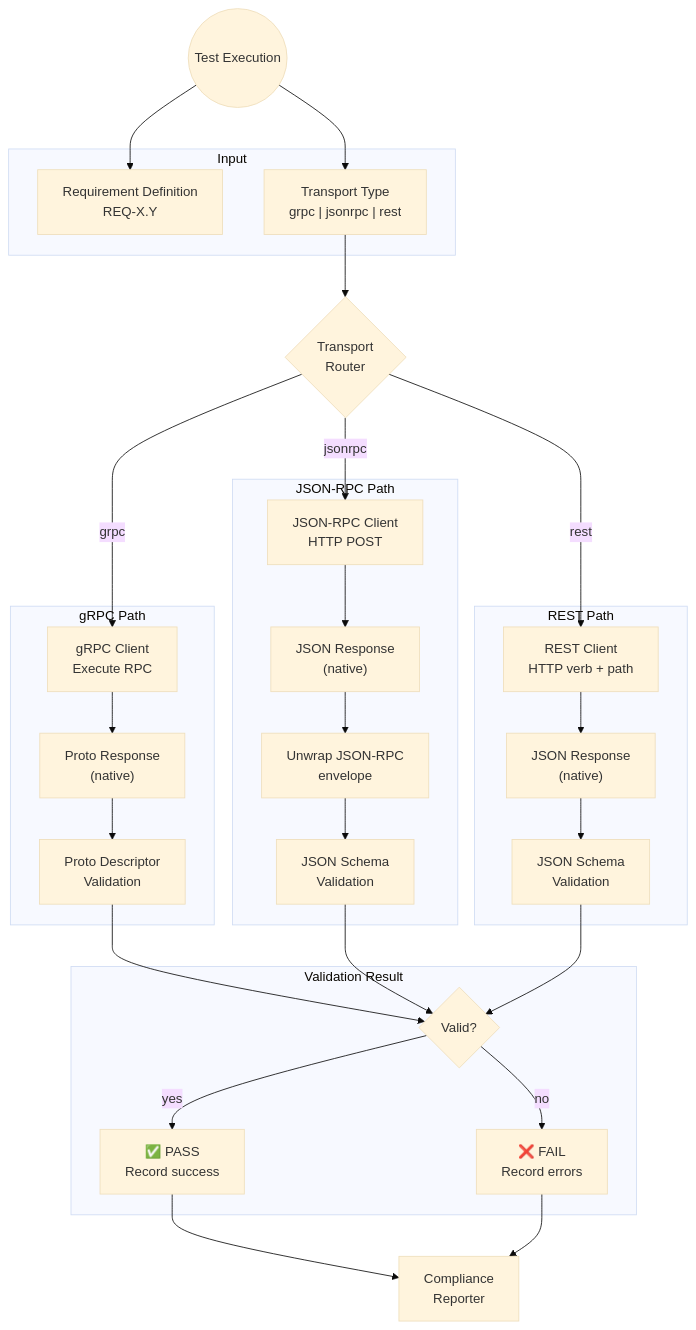
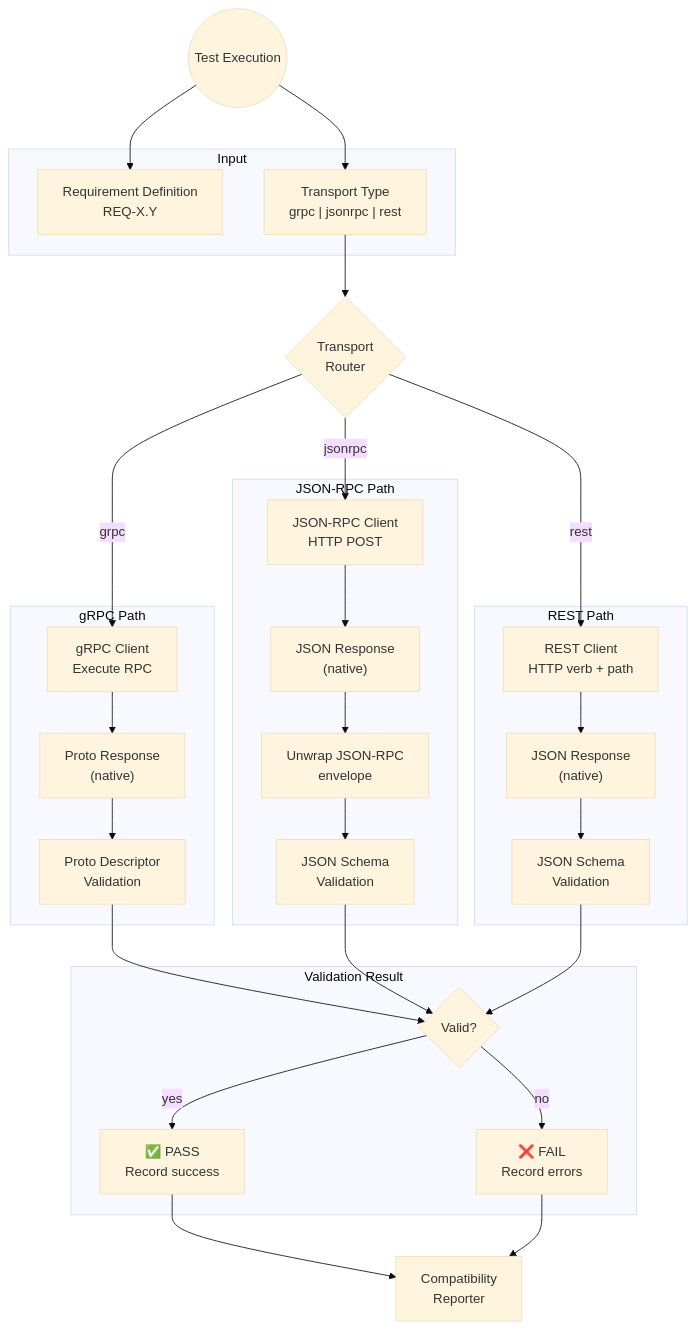
Before and after one commit to a2aproject/a2a-tck: the diagram in PRD/validation-flow.mmd, drawn with Mermaid. The commit also changed 59 other files, not shown here.

First line of the commit message:
refactor: replace "compliance" with "compatibility" throughout the codebase

```diff
--- a/PRD/validation-flow.mmd
+++ b/PRD/validation-flow.mmd
@@ -1,65 +1,65 @@
 %%{init: {'theme': 'base'}}%%
 
 flowchart TD
     START((Test Execution))
 
     subgraph "Input"
         REQ["Requirement Definition<br/>REQ-X.Y"]
         TRANSPORT["Transport Type<br/>grpc | jsonrpc | rest"]
     end
 
     START --> REQ
     START --> TRANSPORT
 
     TRANSPORT --> ROUTE{Transport<br/>Router}
 
     subgraph "gRPC Path"
         GRPC_CLIENT["gRPC Client<br/>Execute RPC"]
         GRPC_RESP["Proto Response<br/>(native)"]
         PROTO_VAL["Proto Descriptor<br/>Validation"]
 
         GRPC_CLIENT --> GRPC_RESP
         GRPC_RESP --> PROTO_VAL
     end
 
     subgraph "JSON-RPC Path"
         JSONRPC_CLIENT["JSON-RPC Client<br/>HTTP POST"]
         JSONRPC_RESP["JSON Response<br/>(native)"]
         JSONRPC_UNWRAP["Unwrap JSON-RPC<br/>envelope"]
         JSON_VAL_JR["JSON Schema<br/>Validation"]
 
         JSONRPC_CLIENT --> JSONRPC_RESP
         JSONRPC_RESP --> JSONRPC_UNWRAP
         JSONRPC_UNWRAP --> JSON_VAL_JR
     end
 
     subgraph "REST Path"
         REST_CLIENT["REST Client<br/>HTTP verb + path"]
         REST_RESP["JSON Response<br/>(native)"]
         JSON_VAL_REST["JSON Schema<br/>Validation"]
 
         REST_CLIENT --> REST_RESP
         REST_RESP --> JSON_VAL_REST
     end
 
     ROUTE -->|grpc| GRPC_CLIENT
     ROUTE -->|jsonrpc| JSONRPC_CLIENT
     ROUTE -->|rest| REST_CLIENT
 
     PROTO_VAL --> RESULT
     JSON_VAL_JR --> RESULT
     JSON_VAL_REST --> RESULT
 
     subgraph "Validation Result"
         RESULT{Valid?}
         PASS["✅ PASS<br/>Record success"]
         FAIL["❌ FAIL<br/>Record errors"]
     end
 
     RESULT -->|yes| PASS
     RESULT -->|no| FAIL
 
     PASS --> REPORT
     FAIL --> REPORT
 
-    REPORT["Compliance<br/>Reporter"]
+    REPORT["Compatibility<br/>Reporter"]
```
